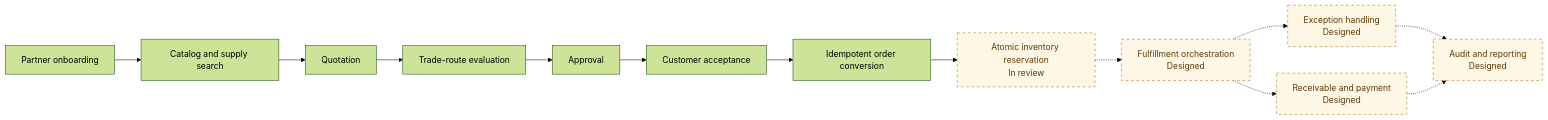
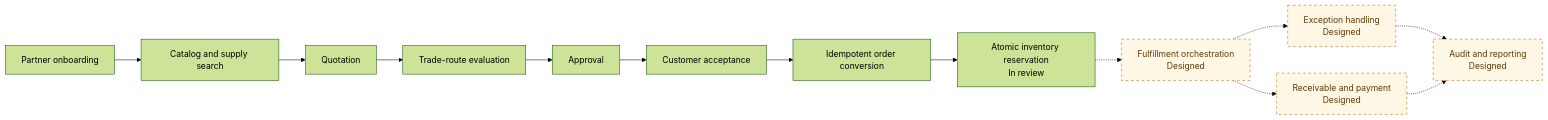
One commit to RomanticHW/cellarbridge-platform changed the first of 3 diagrams in README.md. Above: the diagram before and after it, drawn with Mermaid (forest theme). The commit also changed 10 other files, not shown here.

````diff
--- a/README.md
+++ b/README.md
@@ -24,18 +24,18 @@
 ```mermaid
 flowchart LR
     A[Partner onboarding] --> B[Catalog and supply search]
     B --> C[Quotation]
     C --> D[Trade-route evaluation]
     D --> E[Approval]
     E --> F[Customer acceptance]
     F --> G[Idempotent order conversion]
     G --> H[Atomic inventory reservation<br/>In review]
     H -.-> I[Fulfillment orchestration<br/>Designed]
     I -.-> J[Exception handling<br/>Designed]
     I -.-> K[Receivable and payment<br/>Designed]
     J -.-> L[Audit and reporting<br/>Designed]
     K -.-> L
 
     classDef planned fill:#fff7e6,stroke:#b26a00,color:#5f3700,stroke-dasharray:5 5;
-    class H,I,J,K,L planned;
+    class I,J,K,L planned;
 ```
````
